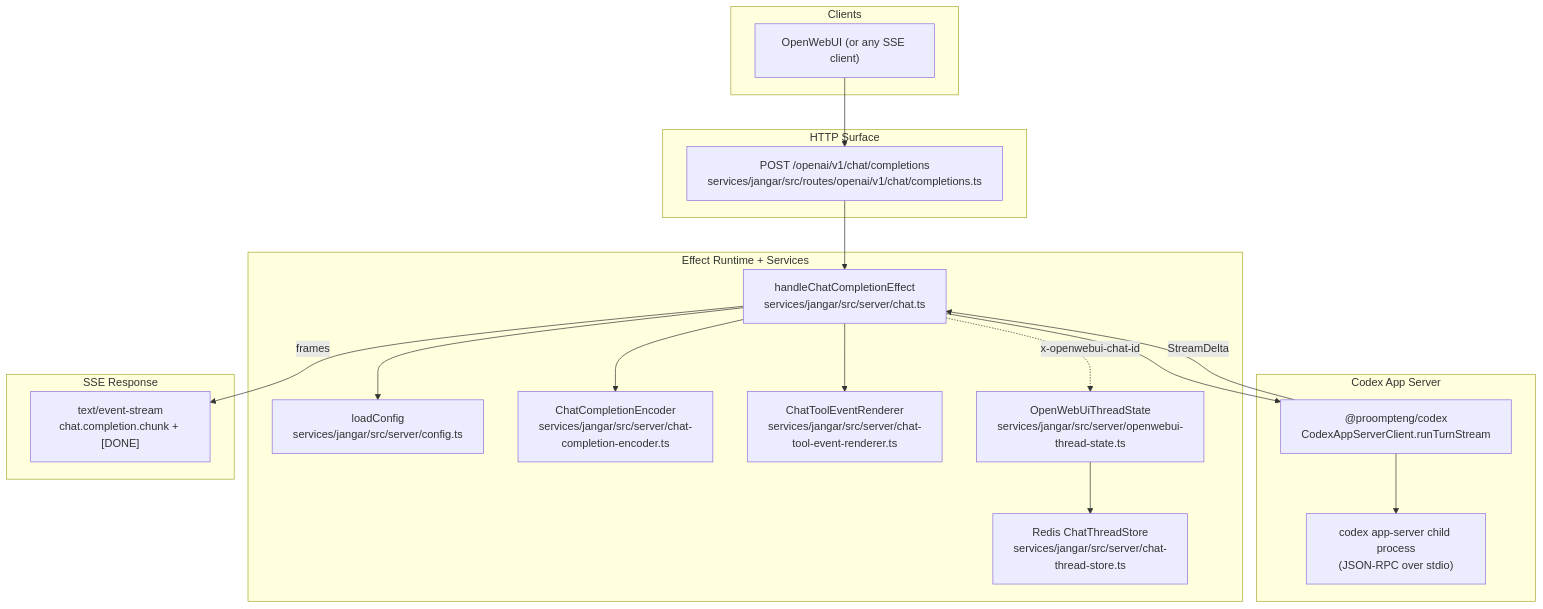
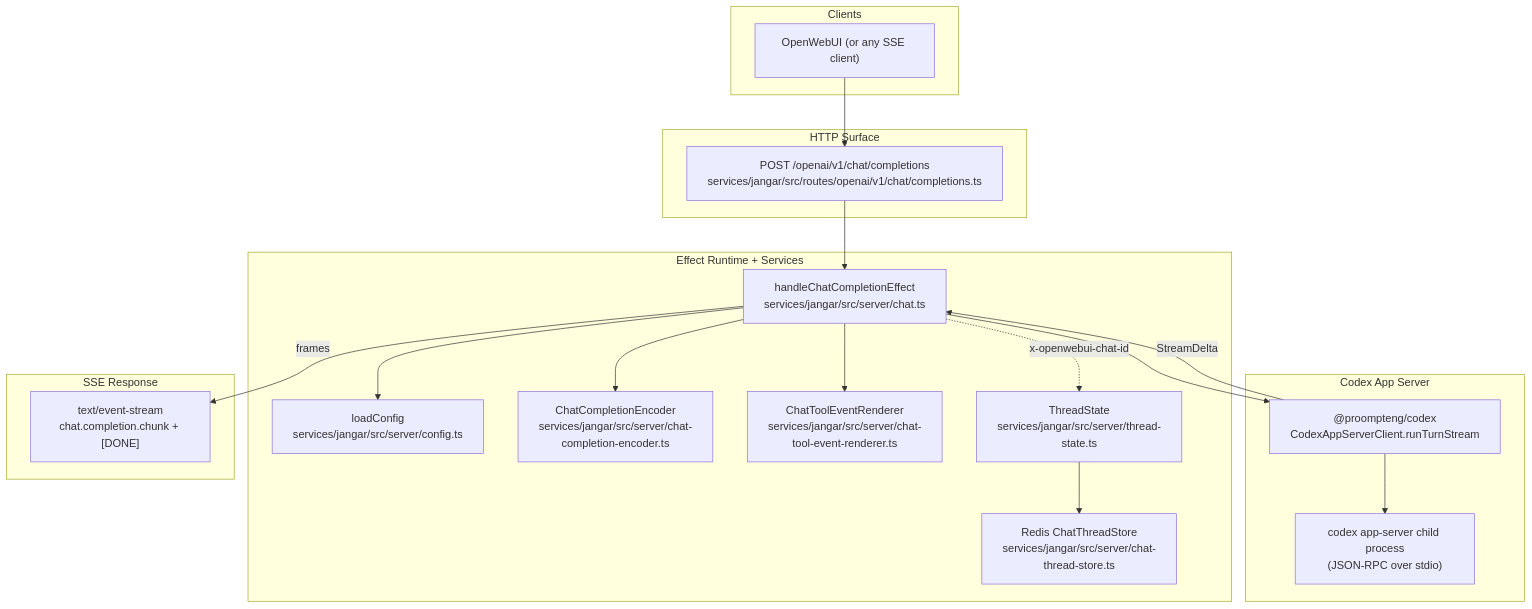
The diagram in docs/jangar/current-state.md (proompteng/lab), drawn with Mermaid before and after one commit. The commit also changed other lines of this file and 7 other files, not shown here.

````diff
--- a/docs/jangar/current-state.md
+++ b/docs/jangar/current-state.md
@@ -14,40 +14,40 @@
 ```mermaid
 flowchart TD
   subgraph Client["Clients"]
     OWU["OpenWebUI (or any SSE client)"]
   end
 
   subgraph HTTP["HTTP Surface"]
     Route["POST /openai/v1/chat/completions\nservices/jangar/src/routes/openai/v1/chat/completions.ts"]
   end
 
   subgraph Runtime["Effect Runtime + Services"]
     Handler["handleChatCompletionEffect\nservices/jangar/src/server/chat.ts"]
     Config["loadConfig\nservices/jangar/src/server/config.ts"]
     Encoder["ChatCompletionEncoder\nservices/jangar/src/server/chat-completion-encoder.ts"]
     ToolRenderer["ChatToolEventRenderer\nservices/jangar/src/server/chat-tool-event-renderer.ts"]
-    ThreadState["OpenWebUiThreadState\nservices/jangar/src/server/openwebui-thread-state.ts"]
+    ThreadState["ThreadState\nservices/jangar/src/server/thread-state.ts"]
     ThreadStore["Redis ChatThreadStore\nservices/jangar/src/server/chat-thread-store.ts"]
   end
 
   subgraph Codex["Codex App Server"]
     ClientLib["@proompteng/codex\nCodexAppServerClient.runTurnStream"]
     Child["codex app-server child process\n(JSON-RPC over stdio)"]
   end
 
   subgraph Stream["SSE Response"]
     SSE["text/event-stream\nchat.completion.chunk + [DONE]"]
   end
 
   OWU --> Route
   Route --> Handler
   Handler --> Config
   Handler --> ClientLib
   Handler --> Encoder
   Handler --> ToolRenderer
   Handler -. "x-openwebui-chat-id" .-> ThreadState
   ThreadState --> ThreadStore
   ClientLib --> Child
   ClientLib -->|StreamDelta| Handler
   Handler -->|frames| SSE
 ```
````
